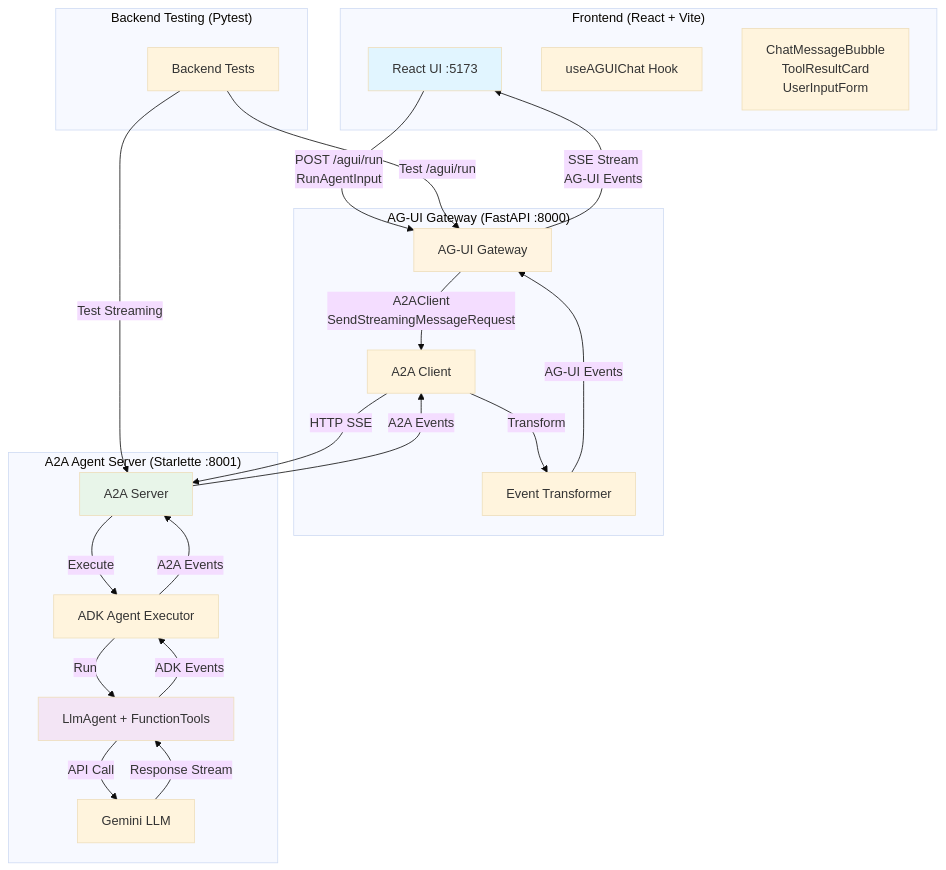
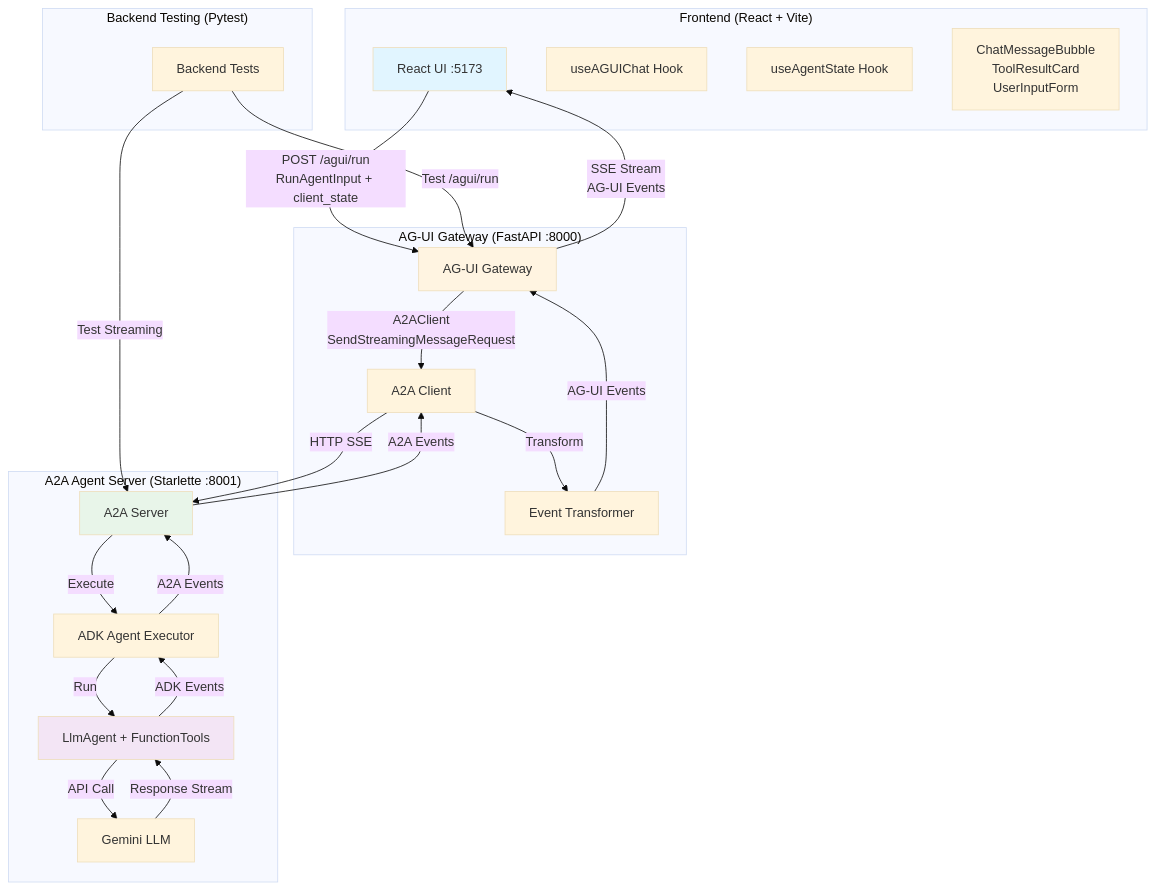
The first of 3 diagrams in COMMUNICATION_FLOW.md (park-kitae/travel-agui), drawn with Mermaid (base theme) before and after one commit. The commit also changed other lines of this file and 17 other files, not shown here.

````diff
--- a/COMMUNICATION_FLOW.md
+++ b/COMMUNICATION_FLOW.md
@@ -27,48 +27,49 @@
 ```mermaid
 graph TB
     subgraph "Frontend (React + Vite)"
         UI[React UI :5173]
         Hook[useAGUIChat Hook]
+        AgentStateHook[useAgentState Hook]
         Components[ChatMessageBubble<br/>ToolResultCard<br/>UserInputForm]
     end
 
     subgraph "AG-UI Gateway (FastAPI :8000)"
         Gateway[AG-UI Gateway]
         A2AClient[A2A Client]
         Transformer[Event Transformer]
     end
 
     subgraph "A2A Agent Server (Starlette :8001)"
         A2AServer[A2A Server]
         ADKExecutor[ADK Agent Executor]
         Agent[LlmAgent + FunctionTools]
         Gemini[Gemini LLM]
     end
 
-    UI -->|POST /agui/run<br/>RunAgentInput| Gateway
+    UI -->|POST /agui/run<br/>RunAgentInput + client_state| Gateway
     Gateway -->|SSE Stream<br/>AG-UI Events| UI
 
     Gateway -->|A2AClient<br/>SendStreamingMessageRequest| A2AClient
     A2AClient -->|HTTP SSE| A2AServer
     A2AServer -->|A2A Events| A2AClient
     A2AClient -->|Transform| Transformer
     Transformer -->|AG-UI Events| Gateway
 
     A2AServer -->|Execute| ADKExecutor
     ADKExecutor -->|Run| Agent
     Agent -->|API Call| Gemini
     Gemini -->|Response Stream| Agent
     Agent -->|ADK Events| ADKExecutor
     ADKExecutor -->|A2A Events| A2AServer
 
     subgraph "Backend Testing (Pytest)"
         BT[Backend Tests]
         BT -->|Test /agui/run| Gateway
         BT -->|Test Streaming| A2AServer
     end
 
     style UI fill:#e1f5ff
     style Gateway fill:#fff4e1
     style A2AServer fill:#e8f5e9
     style Agent fill:#f3e5f5
 ```
````
